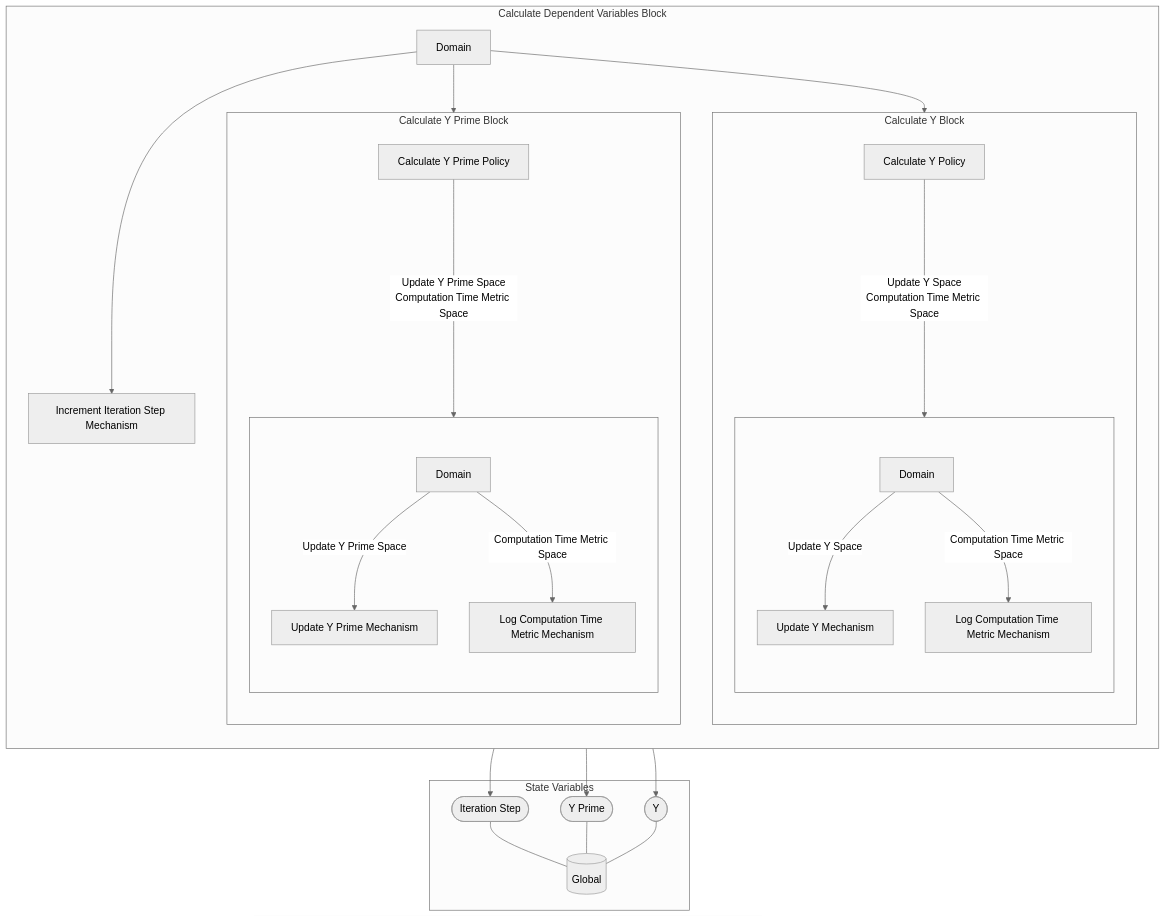
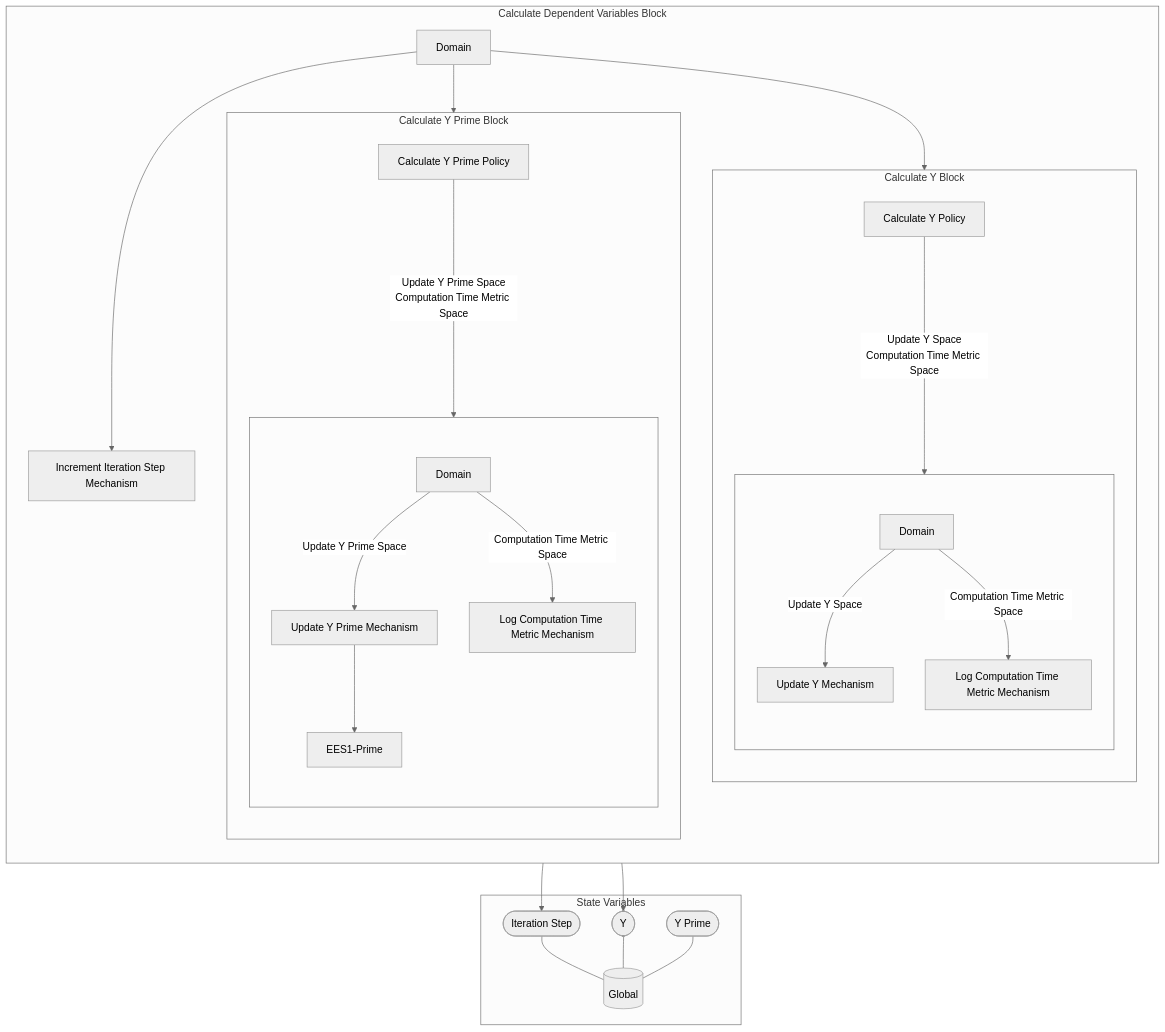
Before and after one commit to SeanMcOwen/Root-Finding-Simulation: the diagram in MSML/reports/Markdown/Wiring/Calculate Dependent Variables Block.md, drawn with Mermaid (neutral theme). The commit also changed other lines of this file and 12 other files, not shown here.

````diff
--- a/MSML/reports/Markdown/Wiring/Calculate Dependent Variables Block.md
+++ b/MSML/reports/Markdown/Wiring/Calculate Dependent Variables Block.md
@@ -3,62 +3,62 @@
 ```mermaid
 graph TB
 
 subgraph SVS["State Variables"]
 EE0[("Global")]
 EES0(["Iteration Step"])
 EES0 --- EE0
-EES1(["Y Prime"])
+EES1(["Y"])
 EES1 --- EE0
-EES2(["Y"])
+EES2(["Y Prime"])
 EES2 --- EE0
 end
 
 subgraph X18["Calculate Dependent Variables Block"]
 direction TB
 subgraph X7["Calculate Y Block"]
 direction TB
 X1["Calculate Y Policy"]
 subgraph X6[" "]
 direction TB
 X2["Update Y Mechanism"]
-X2 --> EES2
+X2 --> EES1
 X3["Log Computation Time Metric Mechanism"]
 X4[Domain]
 
 direction LR
 direction TB
 X4 --"Update Y Space"--> X2
 X4 --"Computation Time Metric Space"--> X3
 end
 X1--"Update Y Space
 Computation Time Metric Space"---->X6
 end
 subgraph X14["Calculate Y Prime Block"]
 direction TB
 X8["Calculate Y Prime Policy"]
 subgraph X13[" "]
 direction TB
 X9["Update Y Prime Mechanism"]
-X9 --> EES1
+X9 --> EES1-Prime
 X10["Log Computation Time Metric Mechanism"]
 X11[Domain]
 
 direction LR
 direction TB
 X11 --"Update Y Prime Space"--> X9
 X11 --"Computation Time Metric Space"--> X10
 end
 X8--"Update Y Prime Space
 Computation Time Metric Space"---->X13
 end
 X15["Increment Iteration Step Mechanism"]
 X15 --> EES0
 X16[Domain]
 
 direction LR
 direction TB
 X16 --> X7
 X16 --> X14
 X16 --> X15
 end
 ```
````
